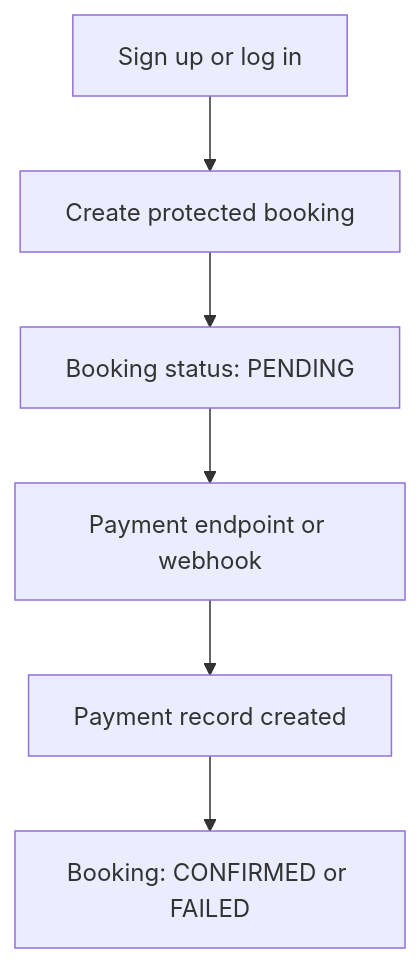
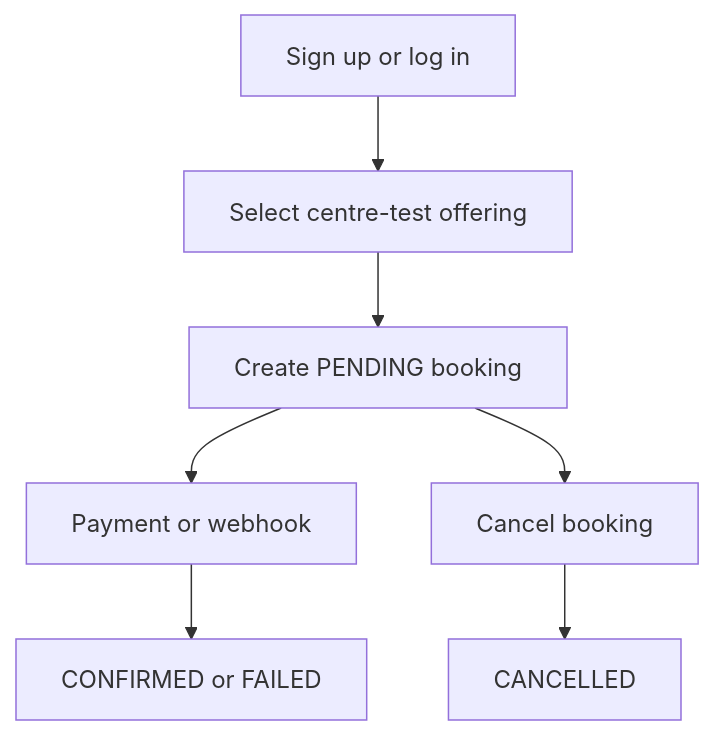
The diagram in README.md (jollyhub8278/EVE_sde_assignment), drawn with Mermaid before and after one commit. The commit also changed other lines of this file and 3 other files, not shown here.

````diff
--- a/README.md
+++ b/README.md
@@ -48,8 +48,9 @@
 ```mermaid
 flowchart TD
-    A["Sign up or log in"] --> B["Create protected booking"]
-    B --> C["Booking status: PENDING"]
-    C --> D["Payment endpoint or webhook"]
-    D --> E["Payment record created"]
-    E --> F["Booking: CONFIRMED or FAILED"]
+    A["Sign up or log in"] --> B["Select centre-test offering"]
+    B --> C["Create PENDING booking"]
+    C --> D["Payment or webhook"]
+    D --> E["CONFIRMED or FAILED"]
+    C --> F["Cancel booking"]
+    F --> G["CANCELLED"]
 ```
````
